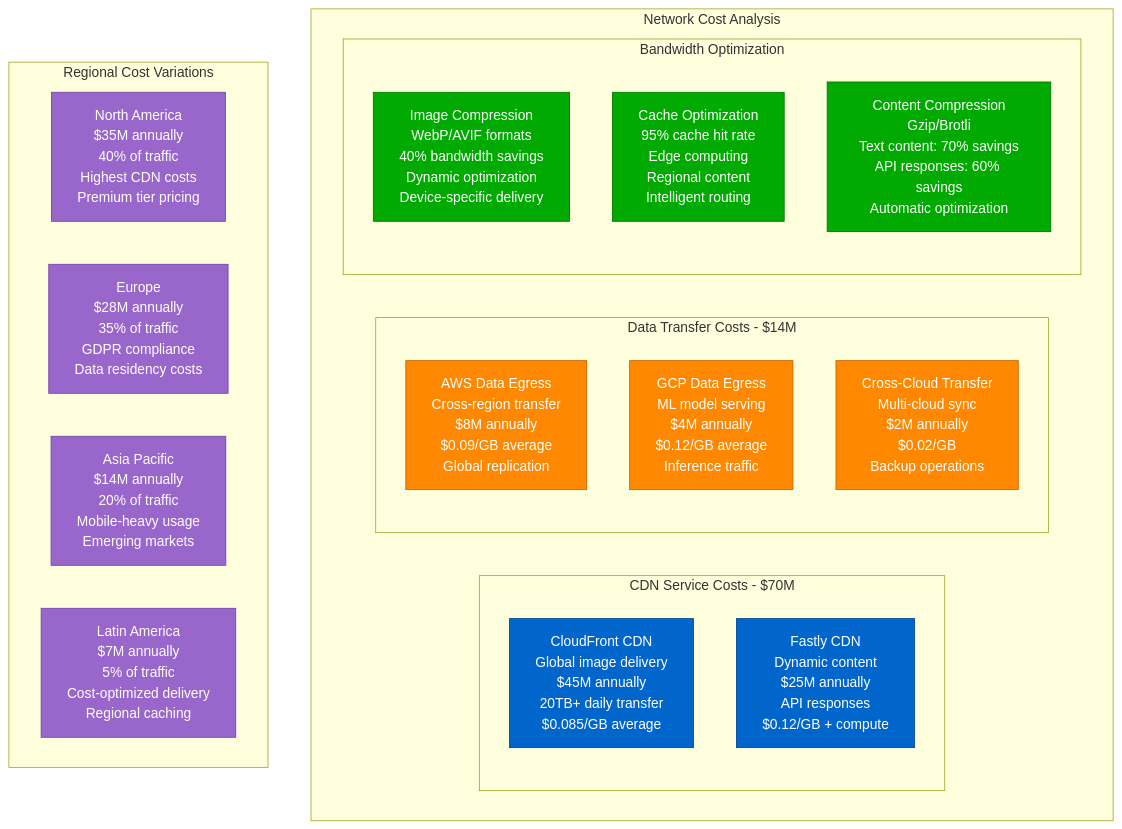
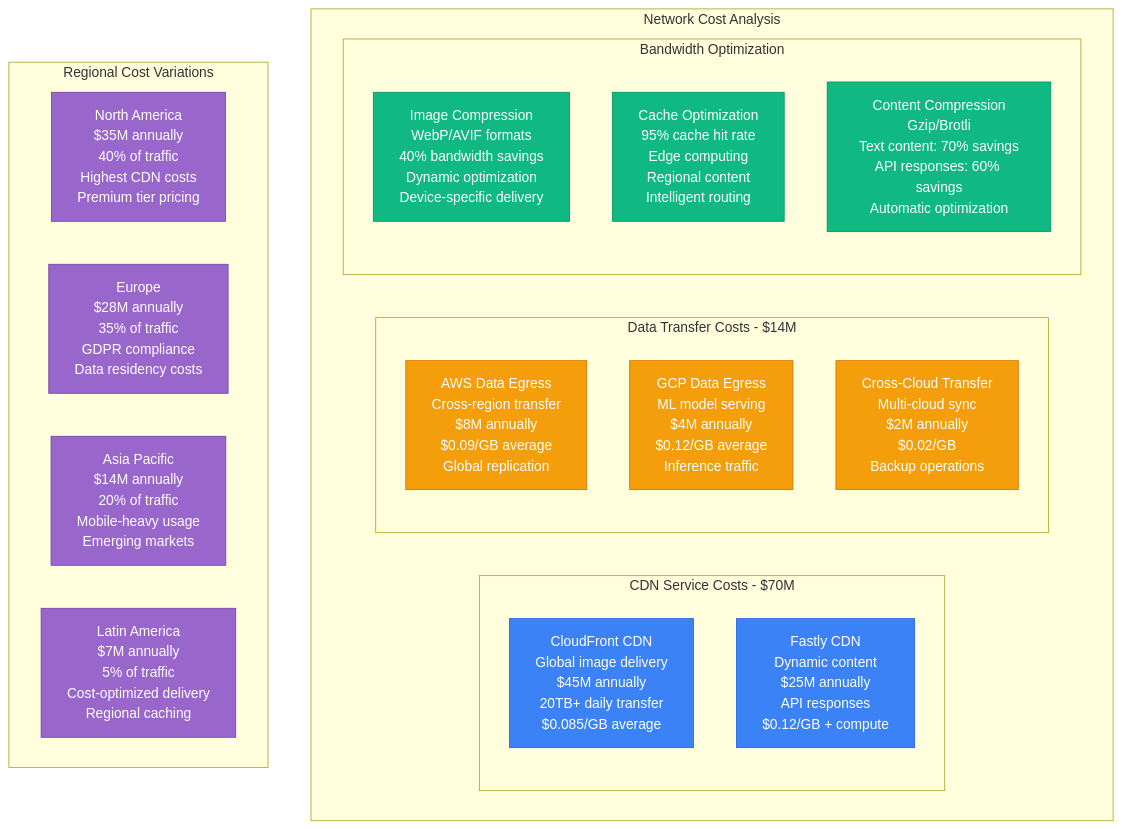
Before and after one commit to deepaucksharma/DS: the fourth of 6 diagrams in site/docs/systems/airbnb/cost-breakdown.md, drawn with Mermaid. The commit also changed other lines of this file and 303 other files, not shown here.

````diff
--- a/site/docs/systems/airbnb/cost-breakdown.md
+++ b/site/docs/systems/airbnb/cost-breakdown.md
@@ -180,47 +180,47 @@
 ```mermaid
 graph TB
     subgraph NetworkBreakdown[Network Cost Analysis]
         subgraph CDNServices[CDN Service Costs - $70M]
             CloudFrontPrimary[CloudFront CDN<br/>Global image delivery<br/>$45M annually<br/>20TB+ daily transfer<br/>$0.085/GB average]
 
             FastlyDynamic[Fastly CDN<br/>Dynamic content<br/>$25M annually<br/>API responses<br/>$0.12/GB + compute]
         end
 
         subgraph DataTransferCosts[Data Transfer Costs - $14M]
             AWSEgress[AWS Data Egress<br/>Cross-region transfer<br/>$8M annually<br/>$0.09/GB average<br/>Global replication]
 
             GCPEgress[GCP Data Egress<br/>ML model serving<br/>$4M annually<br/>$0.12/GB average<br/>Inference traffic]
 
             CrossCloudTransfer[Cross-Cloud Transfer<br/>Multi-cloud sync<br/>$2M annually<br/>$0.02/GB<br/>Backup operations]
         end
 
         subgraph BandwidthOptimization[Bandwidth Optimization]
             ImageCompression[Image Compression<br/>WebP/AVIF formats<br/>40% bandwidth savings<br/>Dynamic optimization<br/>Device-specific delivery]
 
             CacheOptimization[Cache Optimization<br/>95% cache hit rate<br/>Edge computing<br/>Regional content<br/>Intelligent routing]
 
             CompressionAlgorithms[Content Compression<br/>Gzip/Brotli<br/>Text content: 70% savings<br/>API responses: 60% savings<br/>Automatic optimization]
         end
     end
 
     %% Regional cost variations
     subgraph RegionalCosts[Regional Cost Variations]
         NorthAmerica[North America<br/>$35M annually<br/>40% of traffic<br/>Highest CDN costs<br/>Premium tier pricing]
 
         Europe[Europe<br/>$28M annually<br/>35% of traffic<br/>GDPR compliance<br/>Data residency costs]
 
         AsiaPacific[Asia Pacific<br/>$14M annually<br/>20% of traffic<br/>Mobile-heavy usage<br/>Emerging markets]
 
         LatinAmerica[Latin America<br/>$7M annually<br/>5% of traffic<br/>Cost-optimized delivery<br/>Regional caching]
     end
 
-    classDef cdnStyle fill:#0066CC,stroke:#004499,color:#fff
-    classDef transferStyle fill:#FF8800,stroke:#CC6600,color:#fff
-    classDef optimizationStyle fill:#00AA00,stroke:#007700,color:#fff
+    classDef cdnStyle fill:#3B82F6,stroke:#2563EB,color:#fff
+    classDef transferStyle fill:#F59E0B,stroke:#D97706,color:#fff
+    classDef optimizationStyle fill:#10B981,stroke:#059669,color:#fff
     classDef regionalStyle fill:#9966CC,stroke:#7744AA,color:#fff
 
     class CloudFrontPrimary,FastlyDynamic cdnStyle
     class AWSEgress,GCPEgress,CrossCloudTransfer transferStyle
     class ImageCompression,CacheOptimization,CompressionAlgorithms optimizationStyle
     class NorthAmerica,Europe,AsiaPacific,LatinAmerica regionalStyle
 ```
````
